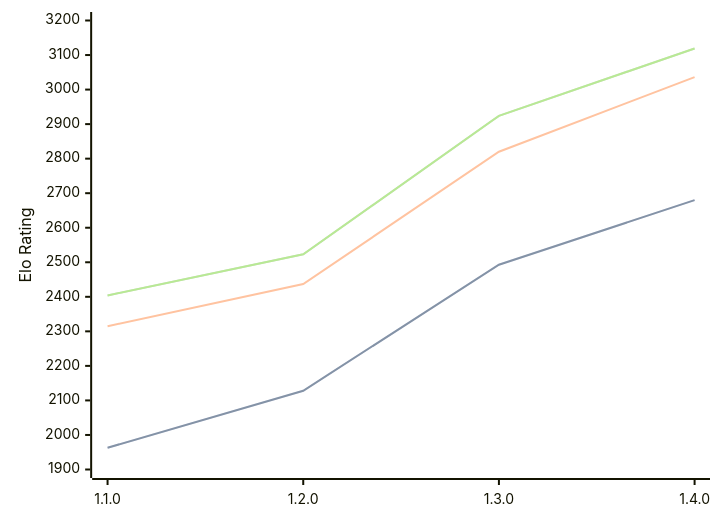
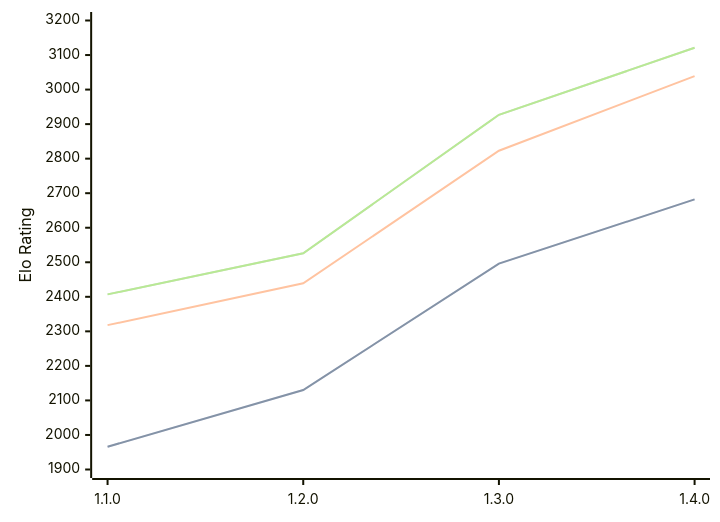
Before and after one commit to computer-chess-index/cci: the diagram in engines/Gyatso.md, drawn with Mermaid. The commit also changed other lines of this file, not shown here.

Commit message:
Update CCI Ratings (ELO VLTC) - 2026-09-24

````diff
--- a/engines/Gyatso.md
+++ b/engines/Gyatso.md
@@ -36,11 +36,11 @@
 ```mermaid
 %%{init: {"theme":"base","themeVariables":{"seriesColors:['#a3a3a3','#222221','#faa371']}}}%%
 xychart-beta
   x-axis ["1.1.0", "1.2.0", "1.3.0", "1.4.0"]
   y-axis "Elo Rating" 1900 --> 3200
-  line "" [1963, 2128, 2493, 2680]
-  line "STC (8.0+0.08s)" [1963, 2128, 2493, 2680]
-  line "LTC (60.0+0.60s)" [2315, 2437, 2820, 3036]
-  line "" [2404, 2523, 2924, 3119]
-  line "VLTC (2m24s+1.12s)" [2404, 2523, 2924, 3119]
+  line "" [1966, 2130, 2496, 2682]
+  line "STC (8.0+0.08s)" [1966, 2130, 2496, 2682]
+  line "LTC (60.0+0.60s)" [2318, 2439, 2823, 3039]
+  line "" [2407, 2526, 2927, 3121]
+  line "VLTC (2m24s+1.12s)" [2407, 2526, 2927, 3121]
 ```
````
